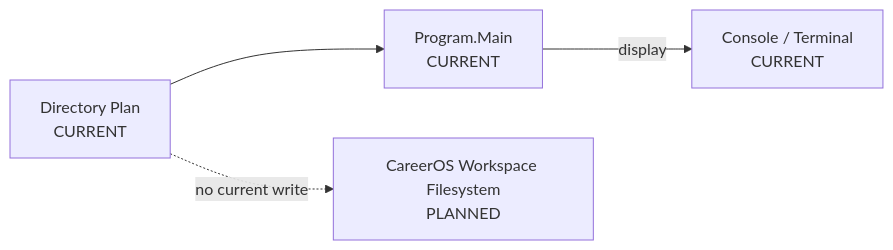
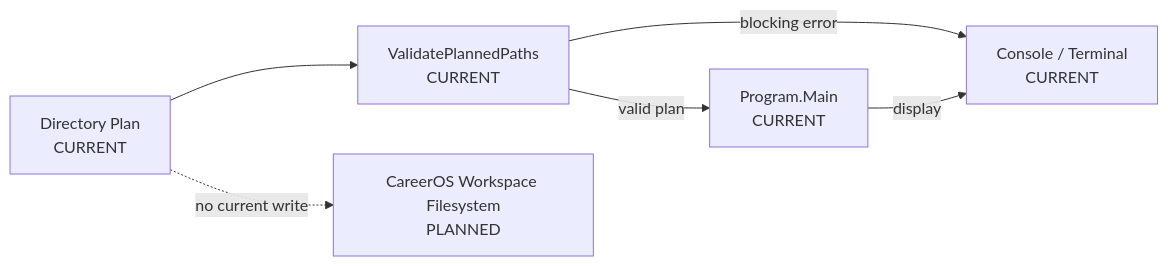
The eighth of 15 diagrams in Documentation/Diagrams/DATA_FLOW_DIAGRAM.md (ChrisLThompson/CareerOS.Bootstrap), drawn with Mermaid before and after one commit. The commit also changed other lines of this file and 15 other files, not shown here.

````diff
--- a/Documentation/Diagrams/DATA_FLOW_DIAGRAM.md
+++ b/Documentation/Diagrams/DATA_FLOW_DIAGRAM.md
@@ -208,11 +247,14 @@
 ```mermaid
 flowchart LR
     Plan["Directory Plan<br/>CURRENT"]
+    Validator["ValidatePlannedPaths<br/>CURRENT"]
     Program["Program.Main<br/>CURRENT"]
     Console["Console / Terminal<br/>CURRENT"]
     Filesystem["CareerOS Workspace Filesystem<br/>PLANNED"]
 
-    Plan --> Program
+    Plan --> Validator
+    Validator -->|"valid plan"| Program
+    Validator -->|"blocking error"| Console
     Program -->|"display"| Console
     Plan -. "no current write" .-> Filesystem
 ```
````
